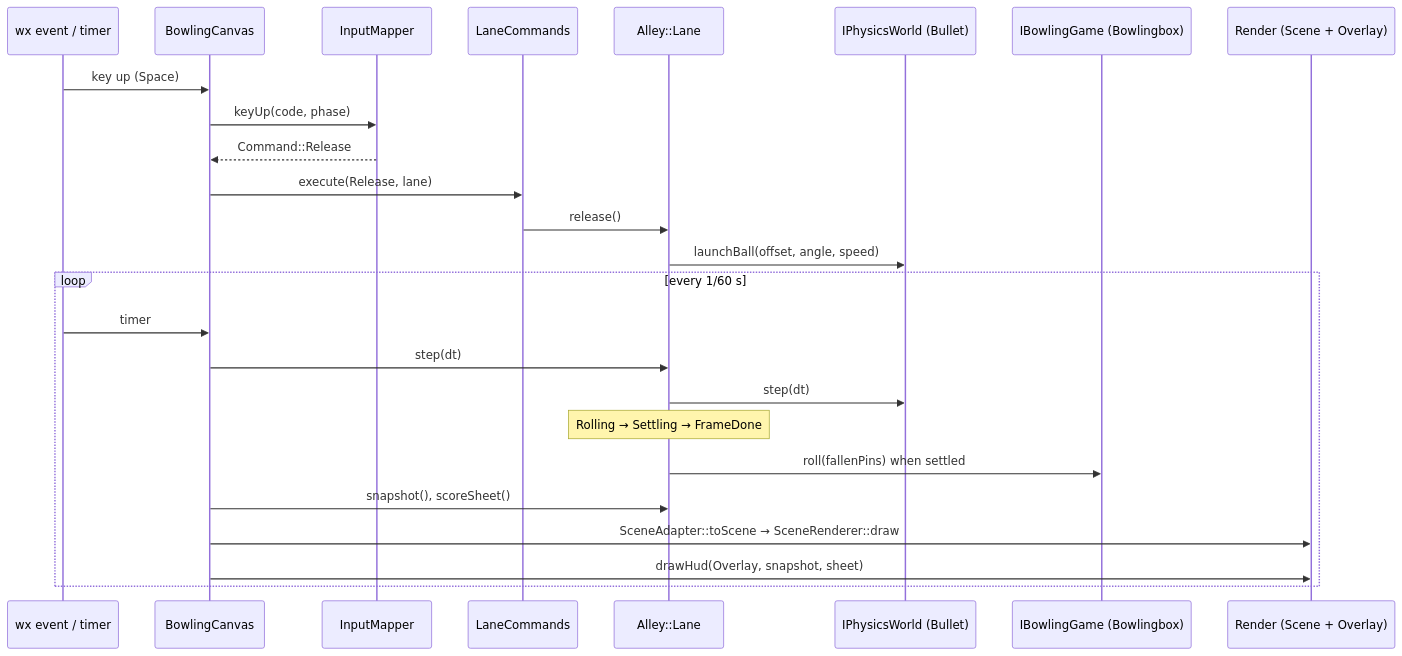
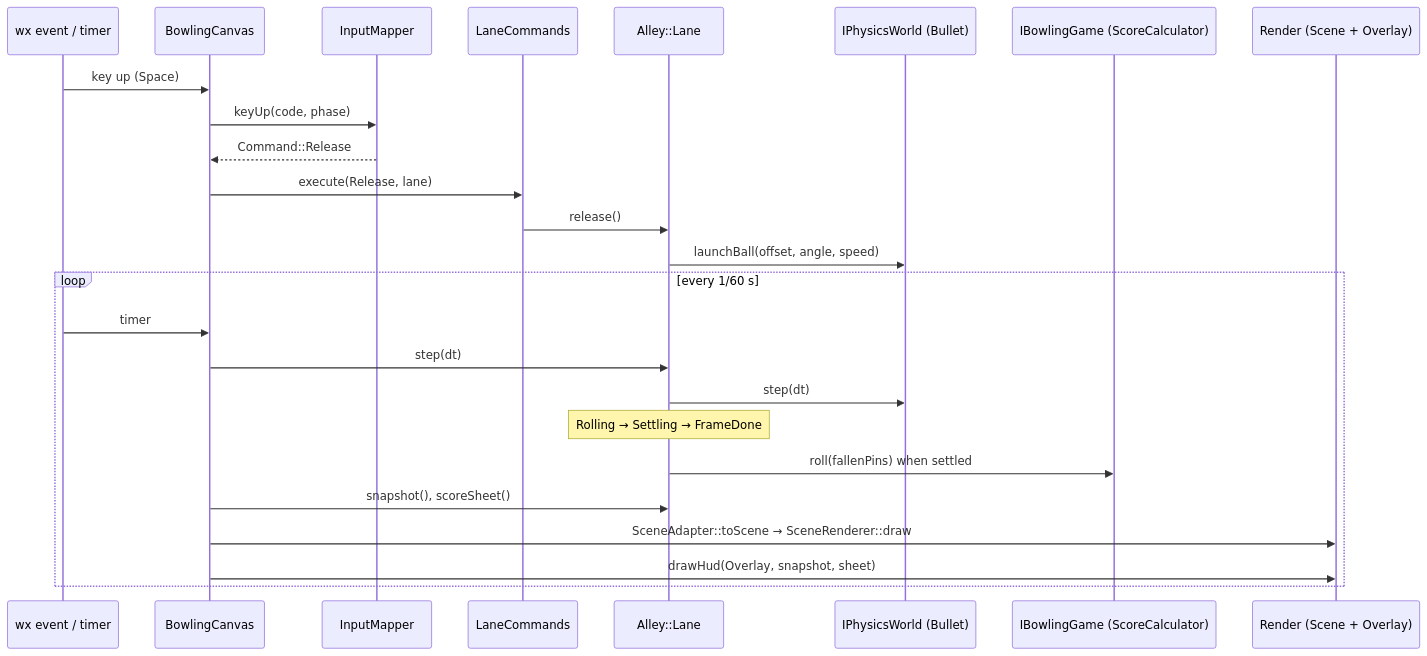
Before and after one commit to medaminben/Bowlingbox: the third of 3 diagrams in docs/ARCHITECTURE.md, drawn with Mermaid. The commit also changed other lines of this file and 87 other files, not shown here.

````diff
--- a/docs/ARCHITECTURE.md
+++ b/docs/ARCHITECTURE.md
@@ -181,28 +181,28 @@
 ```mermaid
 sequenceDiagram
     participant wx as wx event / timer
     participant C as BowlingCanvas
     participant IM as InputMapper
     participant LC as LaneCommands
     participant L as Alley::Lane
     participant W as IPhysicsWorld (Bullet)
-    participant S as IBowlingGame (Bowlingbox)
+    participant S as IBowlingGame (ScoreCalculator)
     participant R as Render (Scene + Overlay)
 
     wx->>C: key up (Space)
     C->>IM: keyUp(code, phase)
     IM-->>C: Command::Release
     C->>LC: execute(Release, lane)
     LC->>L: release()
     L->>W: launchBall(offset, angle, speed)
     loop every 1/60 s
         wx->>C: timer
         C->>L: step(dt)
         L->>W: step(dt)
         Note over L: Rolling → Settling → FrameDone
         L->>S: roll(fallenPins) when settled
         C->>L: snapshot(), scoreSheet()
         C->>R: SceneAdapter::toScene → SceneRenderer::draw
         C->>R: drawHud(Overlay, snapshot, sheet)
     end
 ```
````
